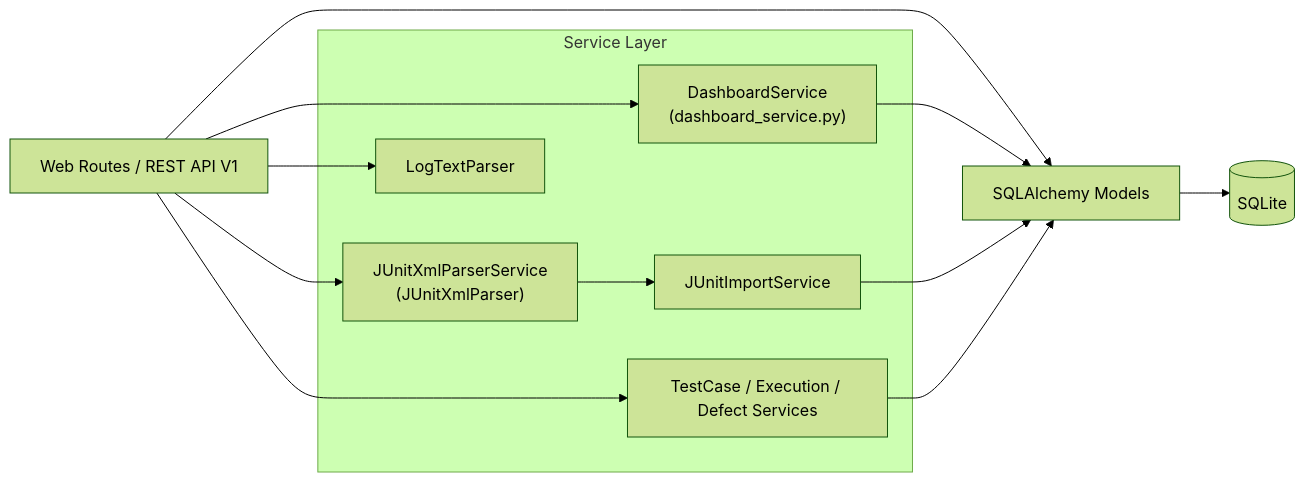
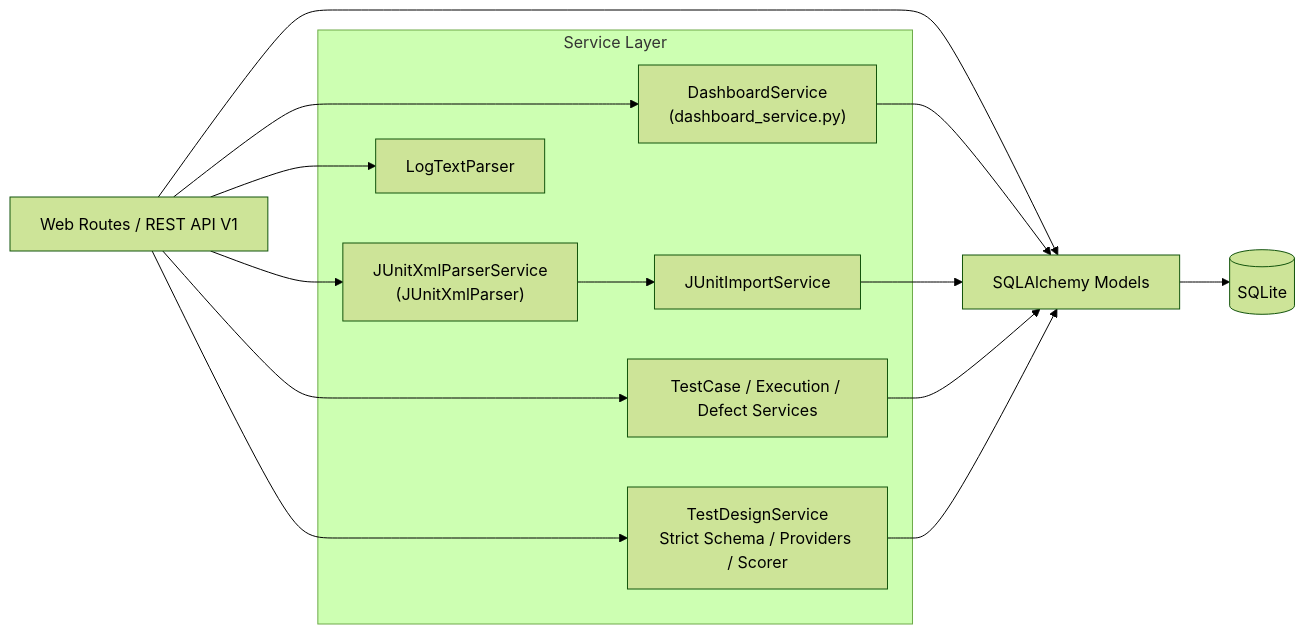
One commit to hzyufu-del/audio-test-management-platform changed the sixth of 6 diagrams in README.md. Above: the diagram before and after it, drawn with Mermaid (forest theme). The commit also changed other lines of this file and 31 other files, not shown here.

First line of the commit message:
feat: add human-reviewed AI test design assistant

````diff
--- a/README.md
+++ b/README.md
@@ -121,26 +125,29 @@
 ```mermaid
 flowchart LR
     Routes["Web Routes / REST API V1"]
 
     subgraph Services["Service Layer"]
         Dashboard["DashboardService<br/>(dashboard_service.py)"]
         Parser["JUnitXmlParserService<br/>(JUnitXmlParser)"]
         Import["JUnitImportService"]
         LogParser["LogTextParser"]
         Workflow["TestCase / Execution / Defect Services"]
+        TestDesign["TestDesignService<br/>Strict Schema / Providers / Scorer"]
     end
 
     Models["SQLAlchemy Models"]
     Database[(SQLite)]
 
     Routes --> Dashboard
     Routes --> Parser
     Routes --> LogParser
     Routes --> Workflow
+    Routes --> TestDesign
     Routes --> Models
     Parser --> Import
     Dashboard --> Models
     Import --> Models
     Workflow --> Models
+    TestDesign --> Models
     Models --> Database
 ```
````
